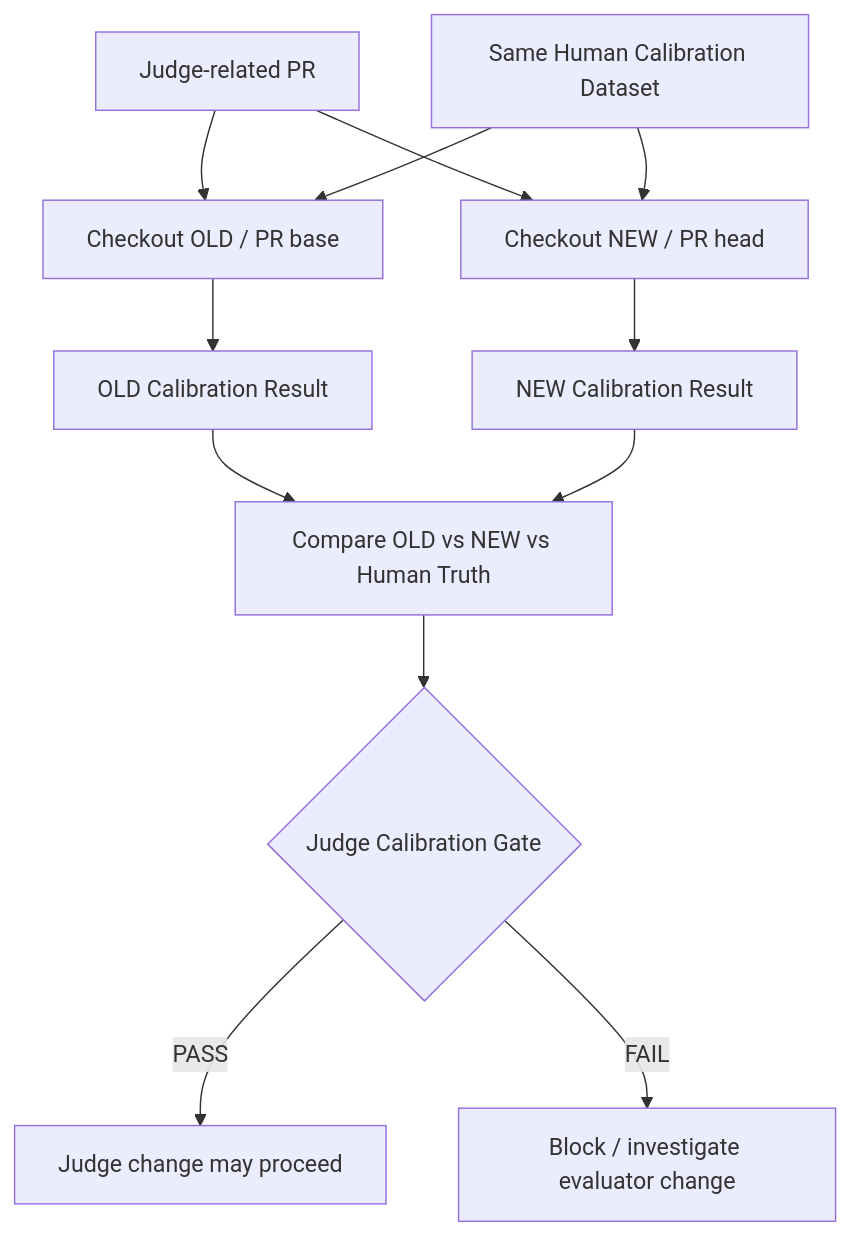
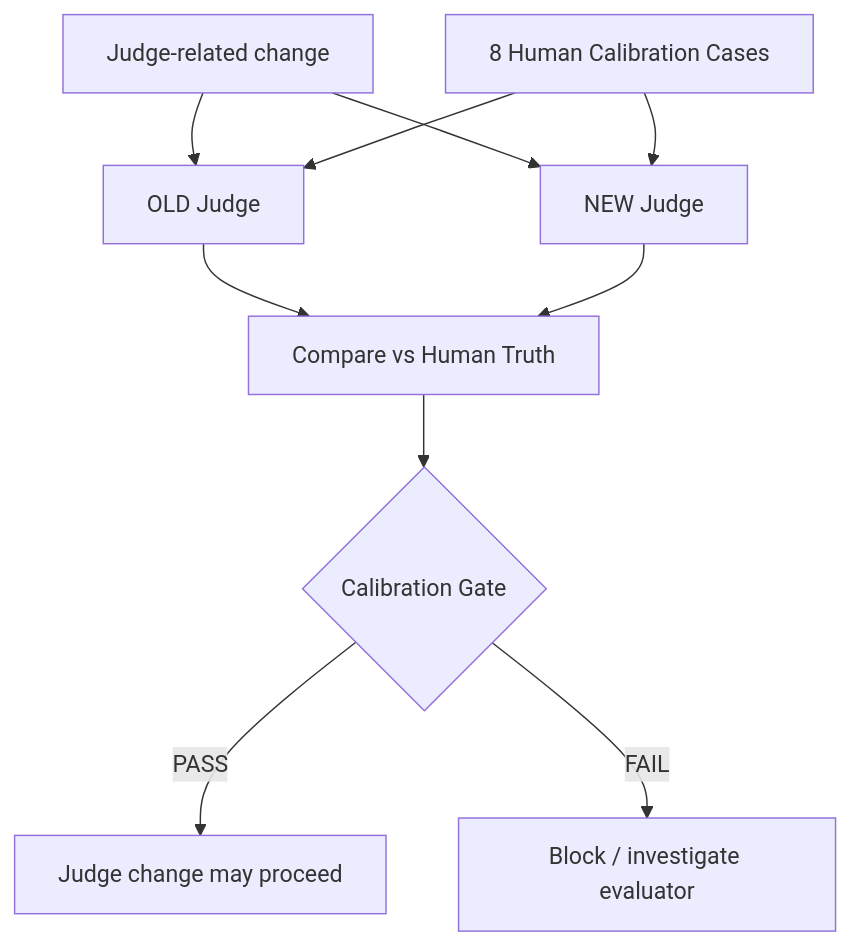
The third of 5 diagrams in docs/architecture.md (oleksandrserhieiev-beep/ai-qe-lab), drawn with Mermaid before and after one commit. The commit also changed other lines of this file, not shown here.

````diff
--- a/docs/architecture.md
+++ b/docs/architecture.md
@@ -321,14 +160,12 @@
 ```mermaid
 flowchart TD
-    P[Judge-related PR] --> O[Checkout OLD / PR base]
-    P --> N[Checkout NEW / PR head]
-    C[Same Human Calibration Dataset] --> O
-    C --> N
-    O --> OR[OLD Calibration Result]
-    N --> NR[NEW Calibration Result]
-    OR --> CMP[Compare OLD vs NEW vs Human Truth]
-    NR --> CMP
-    CMP --> G{Judge Calibration Gate}
-    G -->|PASS| M[Judge change may proceed]
-    G -->|FAIL| B[Block / investigate evaluator change]
+    P["Judge-related change"] --> OLD["OLD Judge"]
+    P --> NEW["NEW Judge"]
+    C["8 Human Calibration Cases"] --> OLD
+    C --> NEW
+    OLD --> CMP["Compare vs Human Truth"]
+    NEW --> CMP
+    CMP --> G{"Calibration Gate"}
+    G -->|PASS| A["Judge change may proceed"]
+    G -->|FAIL| B["Block / investigate evaluator"]
 ```
````
